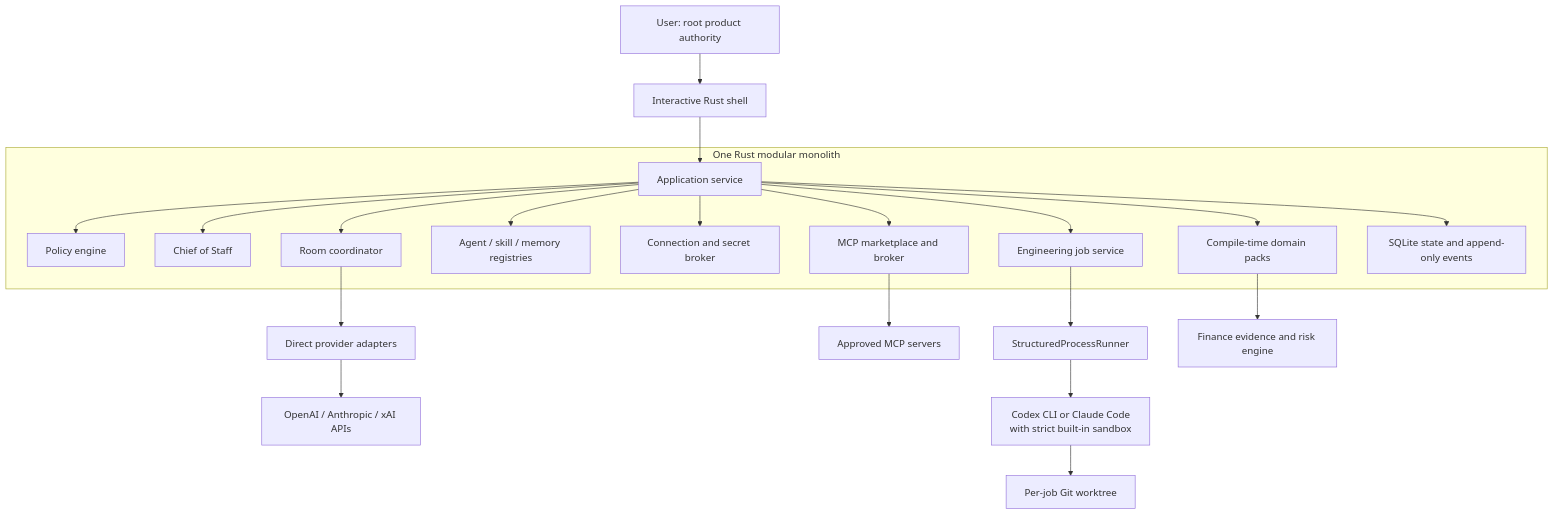
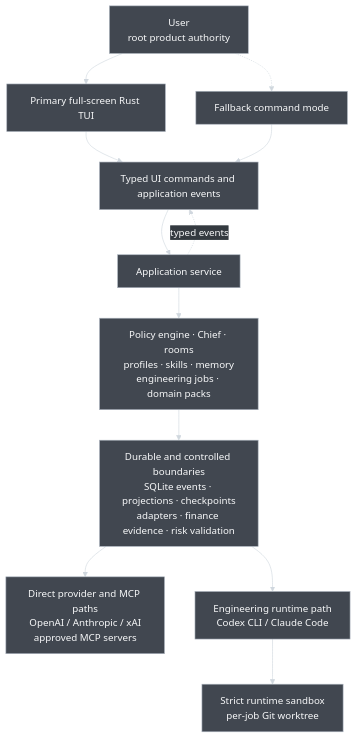
One commit to nsnguyen/ai-stock-forum changed the first of 6 diagrams in architecture.md. Above: the diagram before and after it, drawn with Mermaid. The commit also changed other lines of this file and 1 other file, not shown here.

Commit message:
docs: make full-screen TUI part of version 1

````diff
--- a/architecture.md
+++ b/architecture.md
@@ -120,28 +157,36 @@
 ```mermaid
+---
+config:
+  theme: base
+  themeCSS: "svg { background-color: #2B2F36 !important; }"
+  themeVariables:
+    darkMode: true
+    background: "#2B2F36"
+    primaryColor: "#414750"
+    primaryTextColor: "#F8F9FA"
+    primaryBorderColor: "#AAB2BD"
+    secondaryColor: "#343A40"
+    secondaryTextColor: "#F8F9FA"
+    secondaryBorderColor: "#9AA4AF"
+    tertiaryColor: "#4B525C"
+    tertiaryTextColor: "#FFFFFF"
+    tertiaryBorderColor: "#C5CCD3"
+    lineColor: "#D0D7DE"
+    textColor: "#F8F9FA"
+    edgeLabelBackground: "#343A40"
+    clusterBkg: "#30353C"
+    clusterBorder: "#8C959F"
+---
 flowchart TB
-    User["User: root product authority"] --> Shell["Interactive Rust shell"]
-    Shell --> App["Application service"]
-
-    subgraph Core["One Rust modular monolith"]
-        App --> Policy["Policy engine"]
-        App --> Chief["Chief of Staff"]
-        App --> Rooms["Room coordinator"]
-        App --> Profiles["Agent / skill / memory registries"]
-        App --> Connections["Connection and secret broker"]
-        App --> McpBroker["MCP marketplace and broker"]
-        App --> Jobs["Engineering job service"]
-        App --> Packs["Compile-time domain packs"]
-        App --> Store["SQLite state and append-only events"]
-    end
-
-    Rooms --> Inference["Direct provider adapters"]
-    Inference --> APIs["OpenAI / Anthropic / xAI APIs"]
-
-    McpBroker --> ApprovedMcp["Approved MCP servers"]
-
-    Jobs --> Runner["StructuredProcessRunner"]
-    Runner --> CodingCli["Codex CLI or Claude Code<br/>with strict built-in sandbox"]
-    CodingCli --> Worktree["Per-job Git worktree"]
-
-    Packs --> Finance["Finance evidence and risk engine"]
+    User["User<br/>root product authority"] --> Tui["Primary full-screen Rust TUI"]
+    User -.-> Command["Fallback command mode"]
+    Tui --> Boundary["Typed UI commands and application events"]
+    Command --> Boundary
+    Boundary --> App["Application service"]
+    App -.->|"typed events"| Boundary
+    App --> Core["Policy engine · Chief · rooms<br/>profiles · skills · memory<br/>engineering jobs · domain packs"]
+    Core --> Boundaries["Durable and controlled boundaries<br/>SQLite events · projections · checkpoints<br/>adapters · finance evidence · risk validation"]
+    Boundaries --> ModelTools["Direct provider and MCP paths<br/>OpenAI / Anthropic / xAI<br/>approved MCP servers"]
+    Boundaries --> Coding["Engineering runtime path<br/>Codex CLI / Claude Code"]
+    Coding --> Isolation["Strict runtime sandbox<br/>per-job Git worktree"]
 ```
````
